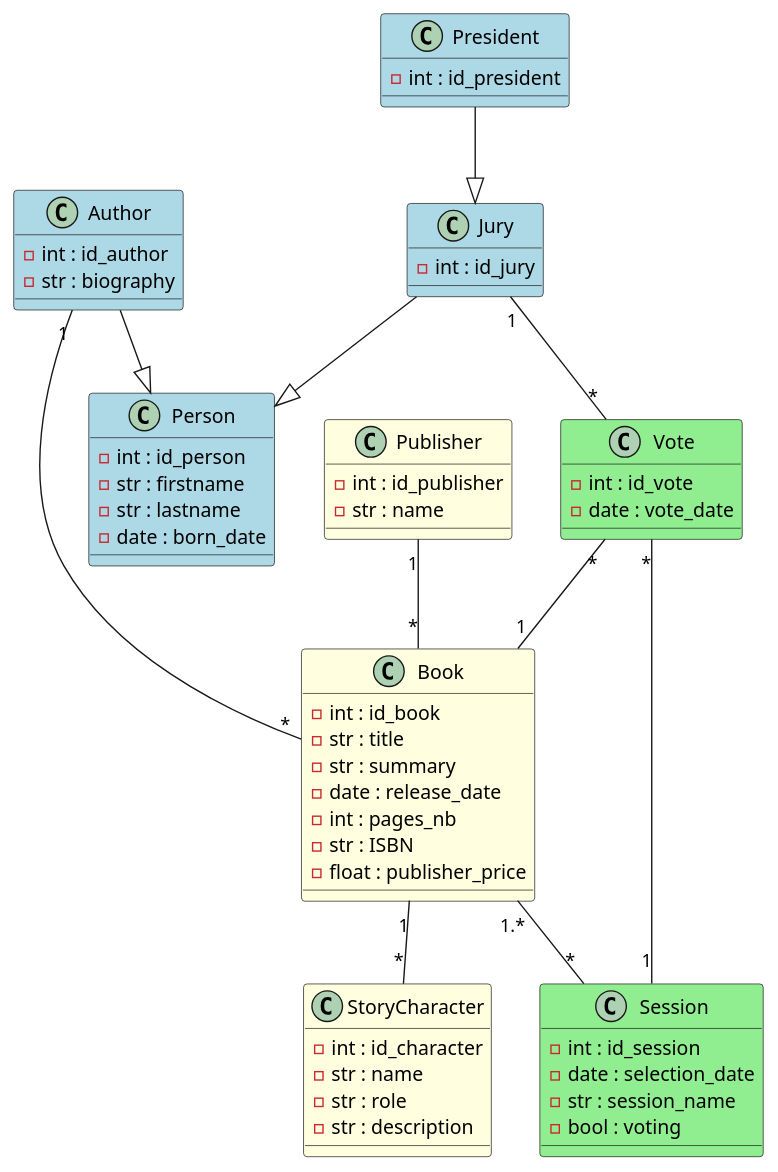
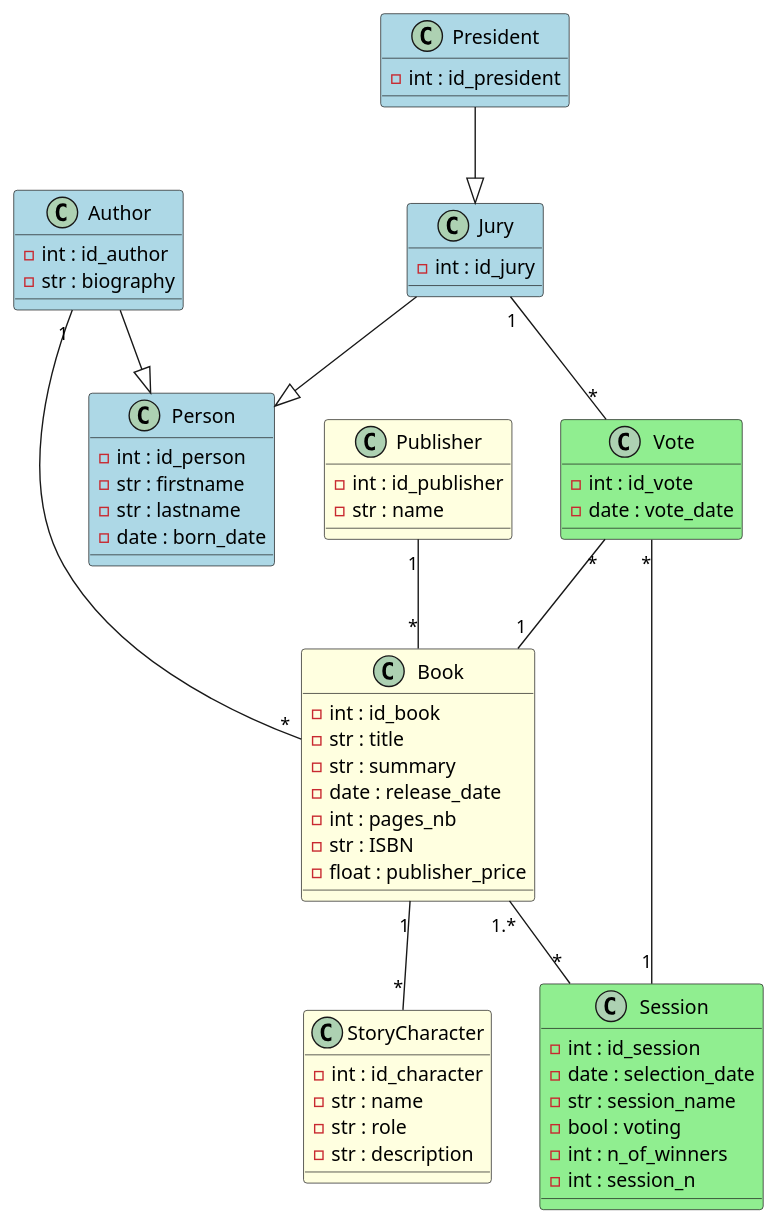
The diagram in docs/class.puml (rdpt03/FMS-PY-GONCOURT-EVAL-R), drawn with PlantUML before and after one commit. The commit also changed 6 other files, not shown here.

Commit message:
add session_n and n_of_winners to Session

```diff
--- a/docs/class.puml
+++ b/docs/class.puml
@@ -1,77 +1,79 @@
 @startuml
 'https://plantuml.com/class-diagram
 top to bottom direction
 
 
 class Person #LightBlue{
     -int : id_person
     -str : firstname
     -str : lastname
     -date : born_date
 }
 
 class Jury #LightBlue{
     -int : id_jury
 }
 
 class President #LightBlue{
     -int : id_president
 }
 
 class Author #LightBlue{
     -int : id_author
     -str : biography
 }
 
 class Book #LightYellow{
     -int : id_book
     -str : title
     -str : summary
     -date : release_date
     -int : pages_nb
     -str : ISBN
     -float : publisher_price
 
 }
 
 class Session #LightGreen{
     -int : id_session
     -date : selection_date
     -str : session_name
     -bool : voting
+    -int : n_of_winners
+    -int : session_n
 }
 
 class StoryCharacter #LightYellow{
     -int : id_character
     -str : name
     -str : role
     -str : description
 }
 
 class Publisher #LightYellow{
     -int : id_publisher
     -str : name
 }
 
 class Vote #LightGreen{
     -int : id_vote
     -date : vote_date
 }
 
 'heritage
 Jury --|> Person
 Author --|> Person
 President --|> Jury
 
 'from vote
 Jury "1"--"*" Vote
 Session "1"--"*" Vote
 Vote "*" -- "1" Book
 
 'Livre
 Book "1.*"--"*" Session
 Author "1"--"*" Book
 Publisher "1"--"*" Book
 Book "1"--"*" StoryCharacter
 
 @enduml
```
